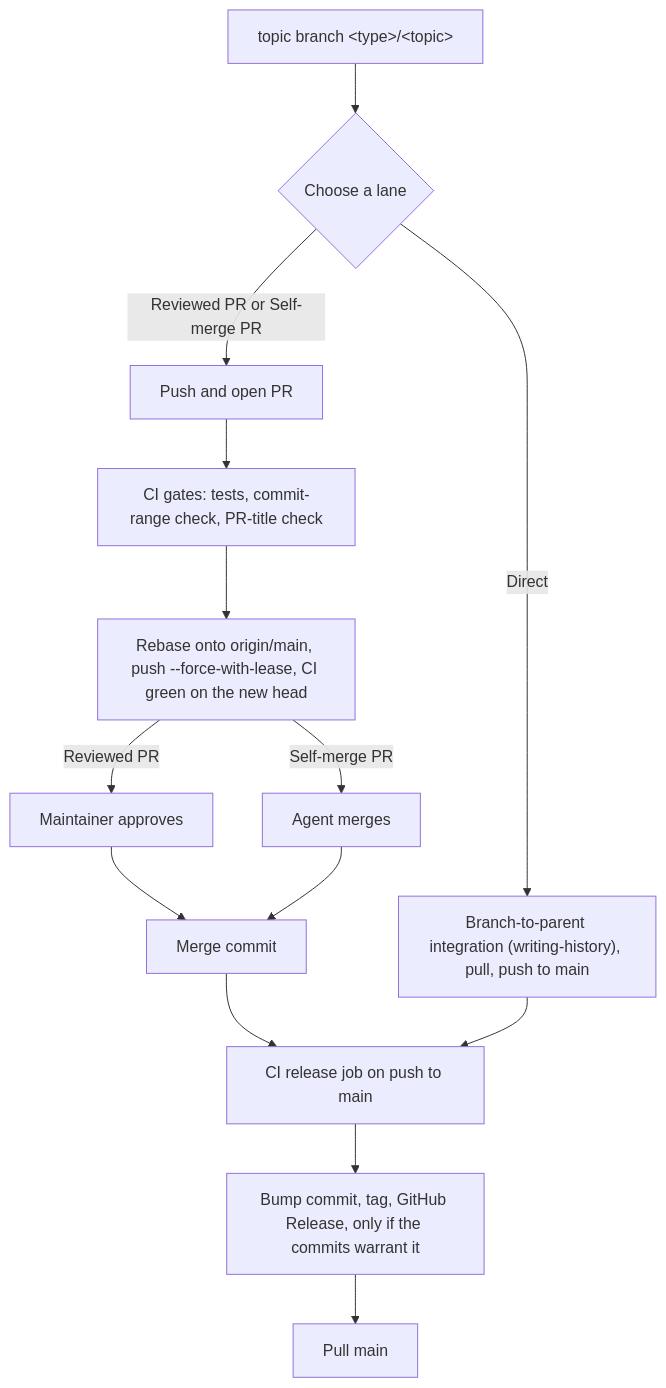
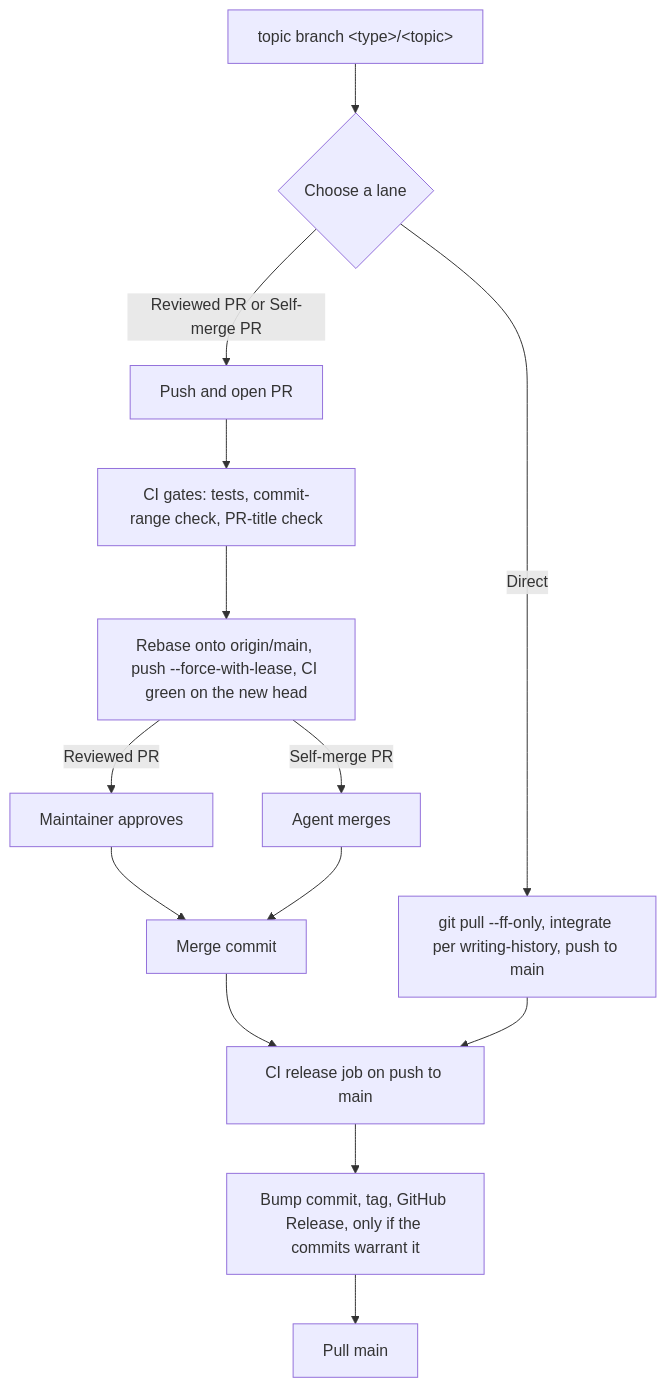
Before and after one commit to CrackingShells/cracking-shells-playbook: the diagram in skills/writing-release/references/lifecycle.md, drawn with Mermaid. The commit also changed other lines of this file and 2 other files, not shown here.

First line of the commit message:
fix(writing-release): close the lane gaps and make the PR title type safe

````diff
--- a/skills/writing-release/references/lifecycle.md
+++ b/skills/writing-release/references/lifecycle.md
@@ -79,16 +90,16 @@
 ```mermaid
 flowchart TD
     A["topic branch &lt;type&gt;/&lt;topic&gt;"] --> B{Choose a lane}
     B -->|Reviewed PR or Self-merge PR| C[Push and open PR]
     C --> D["CI gates: tests, commit-range check, PR-title check"]
     D --> E["Rebase onto origin/main, push --force-with-lease, CI green on the new head"]
     E -->|Reviewed PR| F[Maintainer approves]
     E -->|Self-merge PR| G[Agent merges]
     F --> H[Merge commit]
     G --> H
-    B -->|Direct| I["Branch-to-parent integration (writing-history), pull, push to main"]
+    B -->|Direct| I["git pull --ff-only, integrate per writing-history, push to main"]
     H --> J["CI release job on push to main"]
     I --> J
     J --> K["Bump commit, tag, GitHub Release, only if the commits warrant it"]
     K --> L[Pull main]
 ```
````
